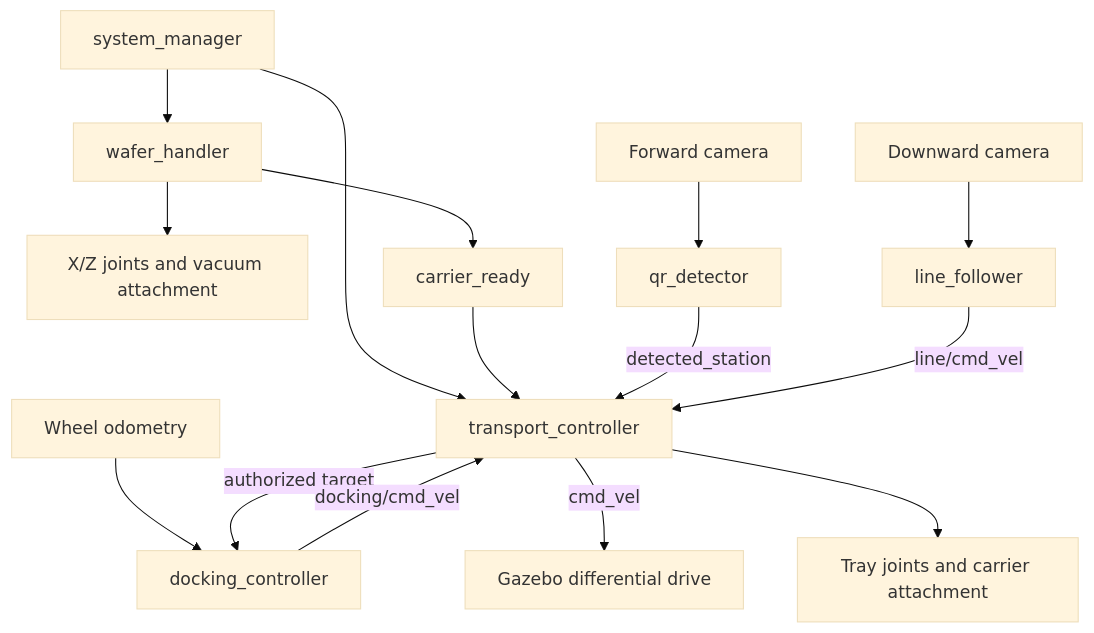
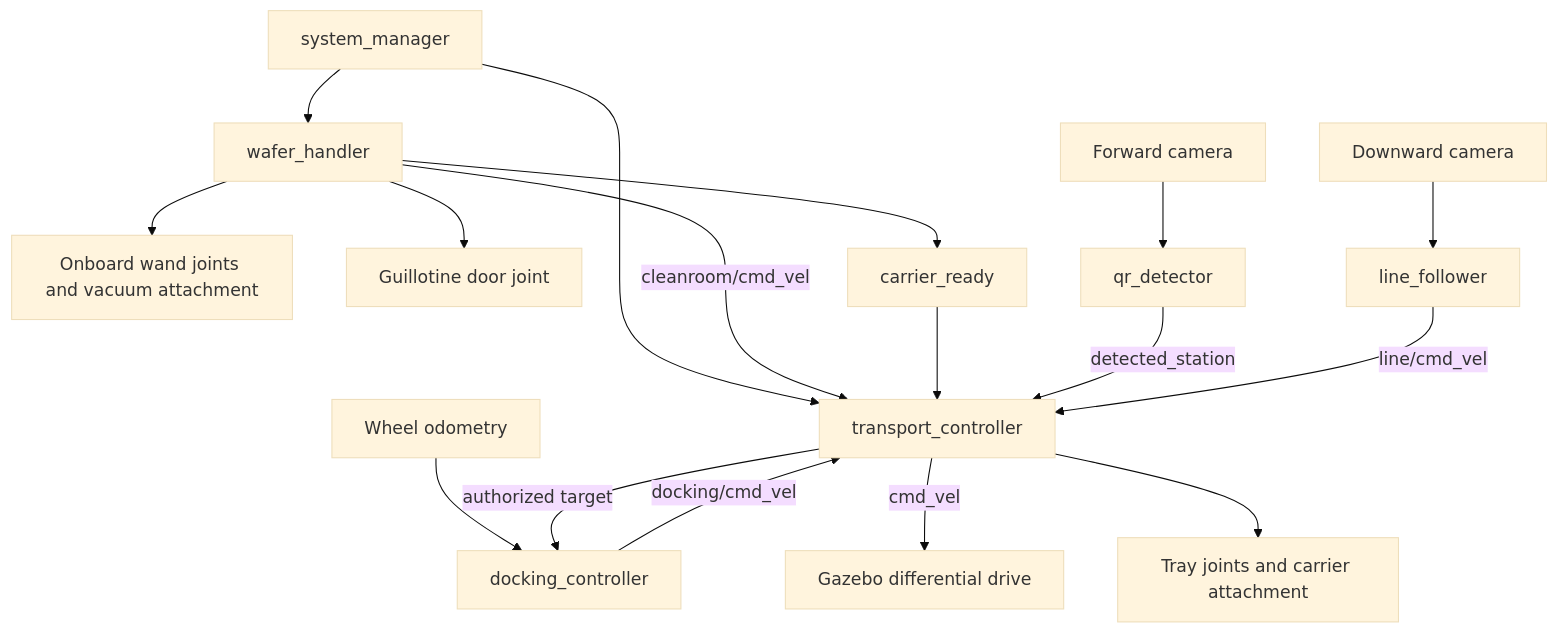
One commit to microAlchemy/Wafer-Transport-Demo changed the diagram in README.md. Above: the diagram before and after it, drawn with Mermaid (base theme). The commit also changed other lines of this file and 18 other files, not shown here.

````diff
--- a/README.md
+++ b/README.md
@@ -173,17 +192,19 @@
 ```mermaid
 flowchart TD
   M[system_manager] --> H[wafer_handler]
   M --> T[transport_controller]
-  H --> G[X/Z joints and vacuum attachment]
+  H --> G[Onboard wand joints and vacuum attachment]
+  H --> V[Guillotine door joint]
+  H -->|cleanroom/cmd_vel| T
   H --> R[carrier_ready]
   R --> T
   DC[Downward camera] --> L[line_follower]
   FC[Forward camera] --> Q[qr_detector]
   Q -->|detected_station| T
   O[Wheel odometry] --> D[docking_controller]
   T -->|authorized target| D
   L -->|line/cmd_vel| T
   D -->|docking/cmd_vel| T
   T -->|cmd_vel| B[Gazebo differential drive]
   T --> P[Tray joints and carrier attachment]
 ```
````
